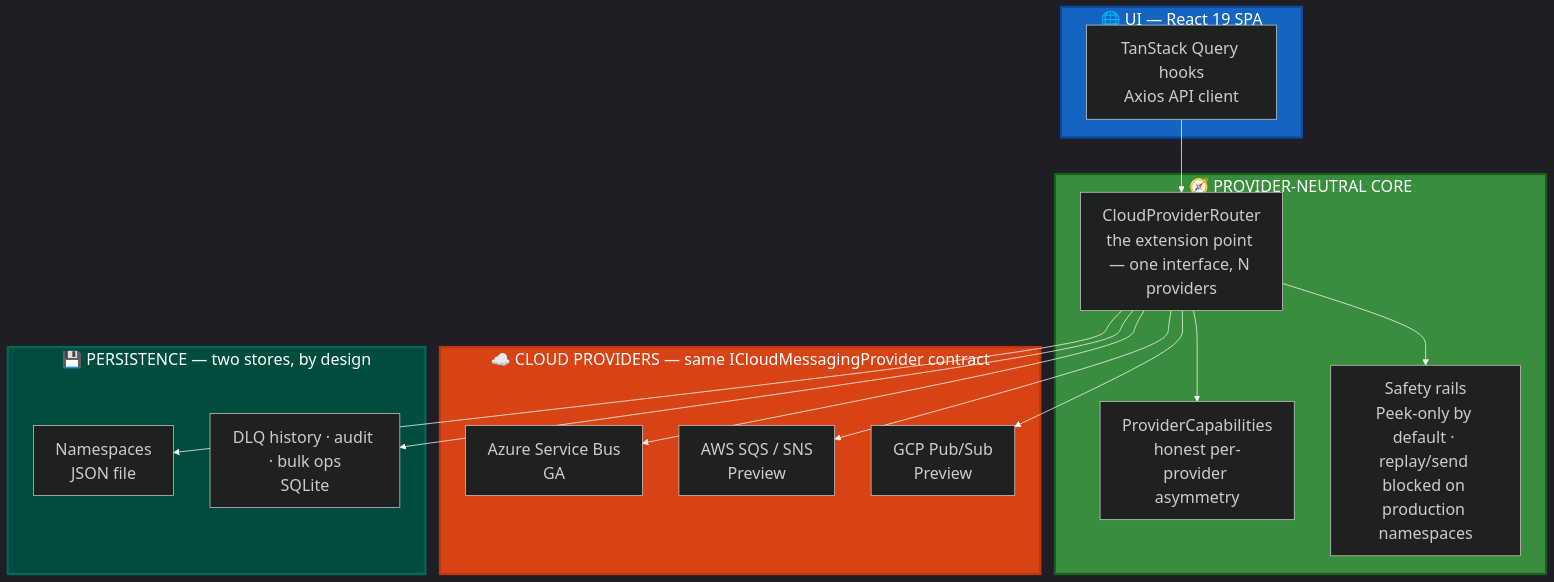
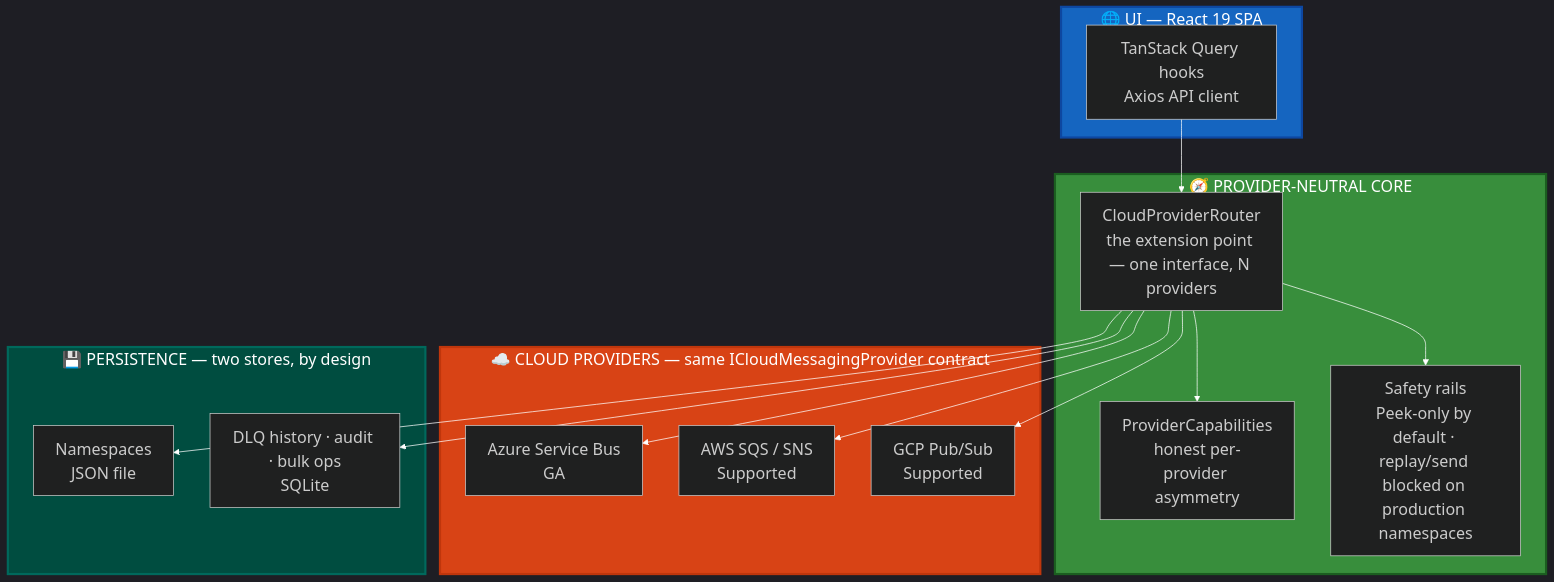
The diagram in README.md (debdevops/servicehub), drawn with Mermaid before and after one commit. The commit also changed other lines of this file and 6 other files, not shown here.

Commit message:
publish provider-conformance evidence, change AWS/GCP label from Preview to Supported

````diff
--- a/README.md
+++ b/README.md
@@ -508,38 +513,38 @@
 ```mermaid
 %%{init: {'theme':'dark', 'themeVariables': { 'fontSize':'22px', 'primaryTextColor':'#ffffff', 'fontFamily':'arial', 'lineColor':'#ffffff'}}}%%
 graph TB
     subgraph UI["🌐 UI — React 19 SPA"]
         SPA["TanStack Query hooks<br/>Axios API client"]
     end
 
     subgraph Core["🧭 PROVIDER-NEUTRAL CORE"]
         ROUTER["CloudProviderRouter<br/>the extension point — one interface, N providers"]
         CAPS["ProviderCapabilities<br/>honest per-provider asymmetry"]
         SAFETY["Safety rails<br/>Peek-only by default · replay/send blocked on production namespaces"]
     end
 
     subgraph Providers["☁️ CLOUD PROVIDERS — same ICloudMessagingProvider contract"]
         AZ["Azure Service Bus<br/>GA"]
-        AWS["AWS SQS / SNS<br/>Preview"]
-        GCP["GCP Pub/Sub<br/>Preview"]
+        AWS["AWS SQS / SNS<br/>Supported"]
+        GCP["GCP Pub/Sub<br/>Supported"]
     end
 
     subgraph Storage["💾 PERSISTENCE — two stores, by design"]
         JSON["Namespaces<br/>JSON file"]
         SQLITE["DLQ history · audit · bulk ops<br/>SQLite"]
     end
 
     SPA --> ROUTER
     ROUTER --> CAPS
     ROUTER --> SAFETY
     ROUTER --> AZ
     ROUTER --> AWS
     ROUTER --> GCP
     ROUTER --> JSON
     ROUTER --> SQLITE
 
     style UI fill:#1565c0,stroke:#0d47a1,stroke-width:3px,color:#fff
     style Core fill:#388e3c,stroke:#1b5e20,stroke-width:3px,color:#fff
     style Providers fill:#d84315,stroke:#bf360c,stroke-width:3px,color:#fff
     style Storage fill:#004d40,stroke:#00695c,stroke-width:3px,color:#fff
 ```
````
